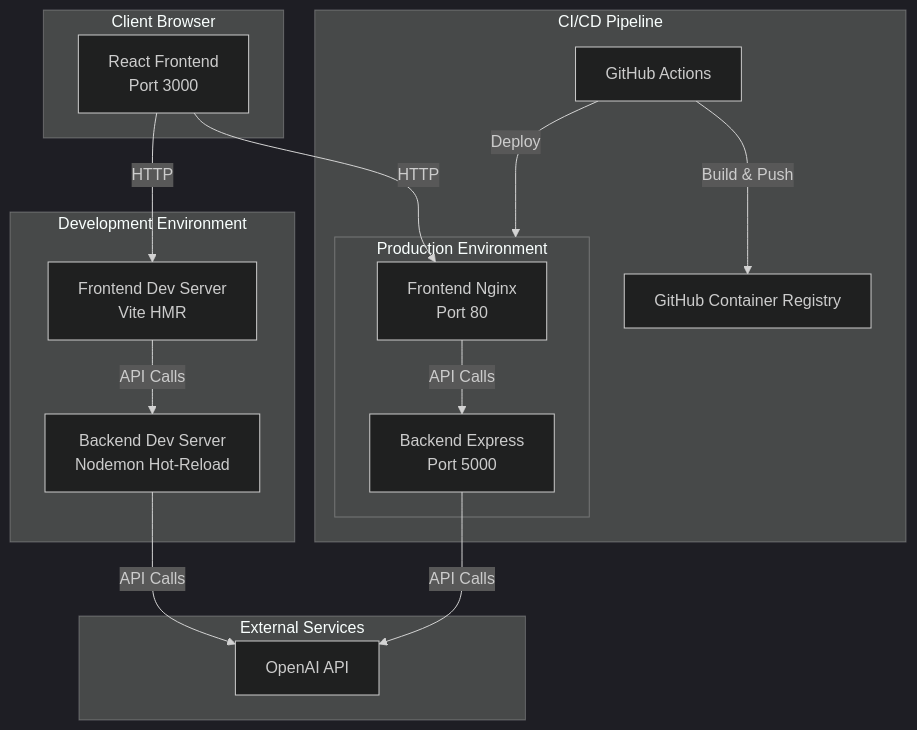
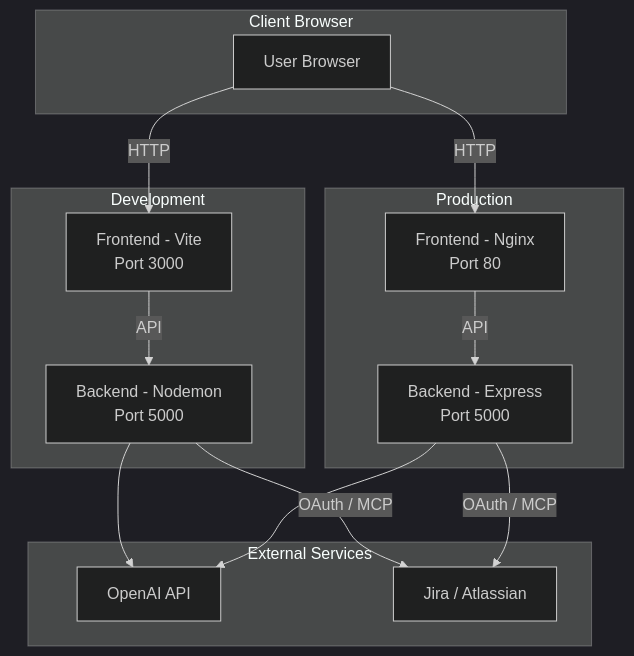
Before and after one commit to amirhosseindz/task-generator: the diagram in README.md, drawn with Mermaid (dark theme). The commit also changed other lines of this file, not shown here.

First line of the commit message:
Update README.md to reflect architectural changes and enhance task management documentation

````diff
--- a/README.md
+++ b/README.md
@@ -22,34 +21,30 @@
 ```mermaid
 graph TB
     subgraph client[Client Browser]
-        UI[React Frontend<br/>Port 3000]
+        BROWSER[User Browser]
     end
-    
-    subgraph dev[Development Environment]
-        FE_DEV[Frontend Dev Server<br/>Vite HMR]
-        BE_DEV[Backend Dev Server<br/>Nodemon Hot-Reload]
+
+    subgraph dev[Development]
+        FE_DEV[Frontend - Vite<br/>Port 3000]
+        BE_DEV[Backend - Nodemon<br/>Port 5000]
     end
-    
-    subgraph prod[Production Environment]
-        FE_PROD[Frontend Nginx<br/>Port 80]
-        BE_PROD[Backend Express<br/>Port 5000]
+
+    subgraph prod[Production]
+        FE_PROD[Frontend - Nginx<br/>Port 80]
+        BE_PROD[Backend - Express<br/>Port 5000]
     end
-    
+
     subgraph external[External Services]
         OPENAI[OpenAI API]
+        JIRA[Jira / Atlassian]
     end
-    
-    UI -->|HTTP| FE_DEV
-    UI -->|HTTP| FE_PROD
-    FE_DEV -->|API Calls| BE_DEV
-    FE_PROD -->|API Calls| BE_PROD
-    BE_DEV -->|API Calls| OPENAI
-    BE_PROD -->|API Calls| OPENAI
-    
-    subgraph cicd[CI/CD Pipeline]
-        GITHUB[GitHub Actions]
-        GHCR[GitHub Container Registry]
-        GITHUB -->|Build & Push| GHCR
-        GITHUB -->|Deploy| prod
-    end
+
+    BROWSER -->|HTTP| FE_DEV
+    BROWSER -->|HTTP| FE_PROD
+    FE_DEV -->|API| BE_DEV
+    FE_PROD -->|API| BE_PROD
+    BE_DEV --> OPENAI
+    BE_PROD --> OPENAI
+    BE_DEV -->|OAuth / MCP| JIRA
+    BE_PROD -->|OAuth / MCP| JIRA
 ```
````
